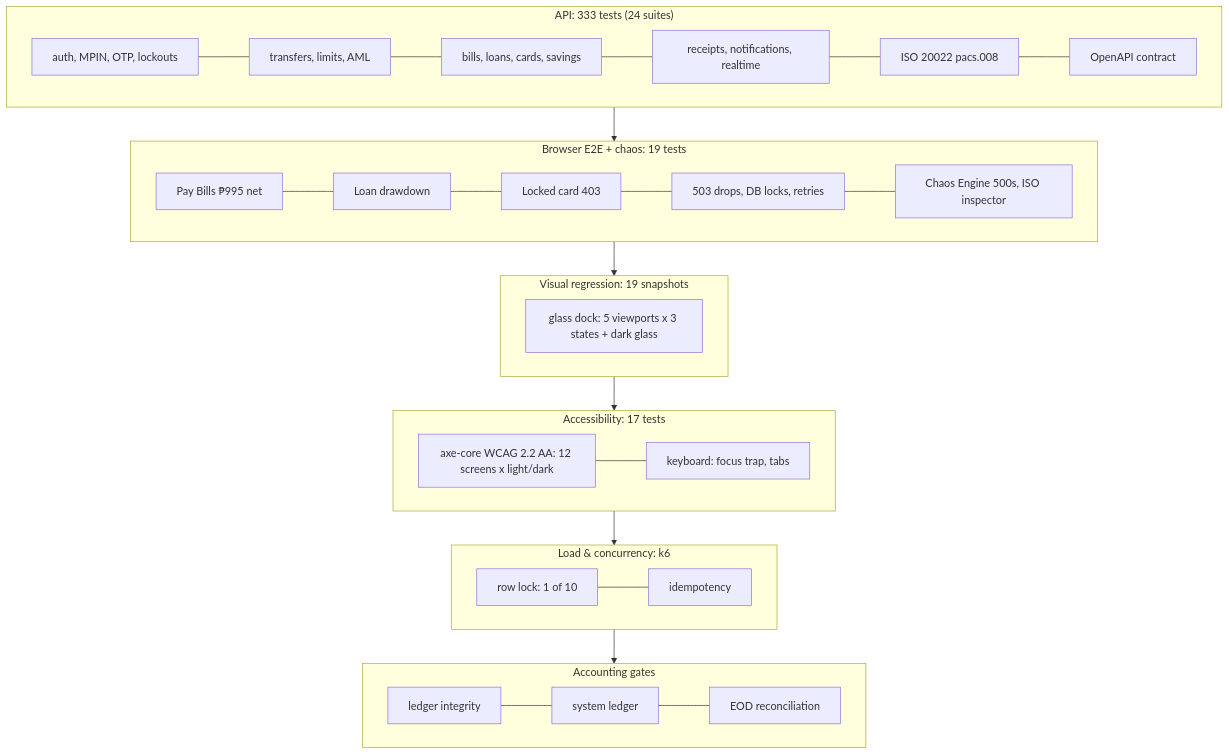
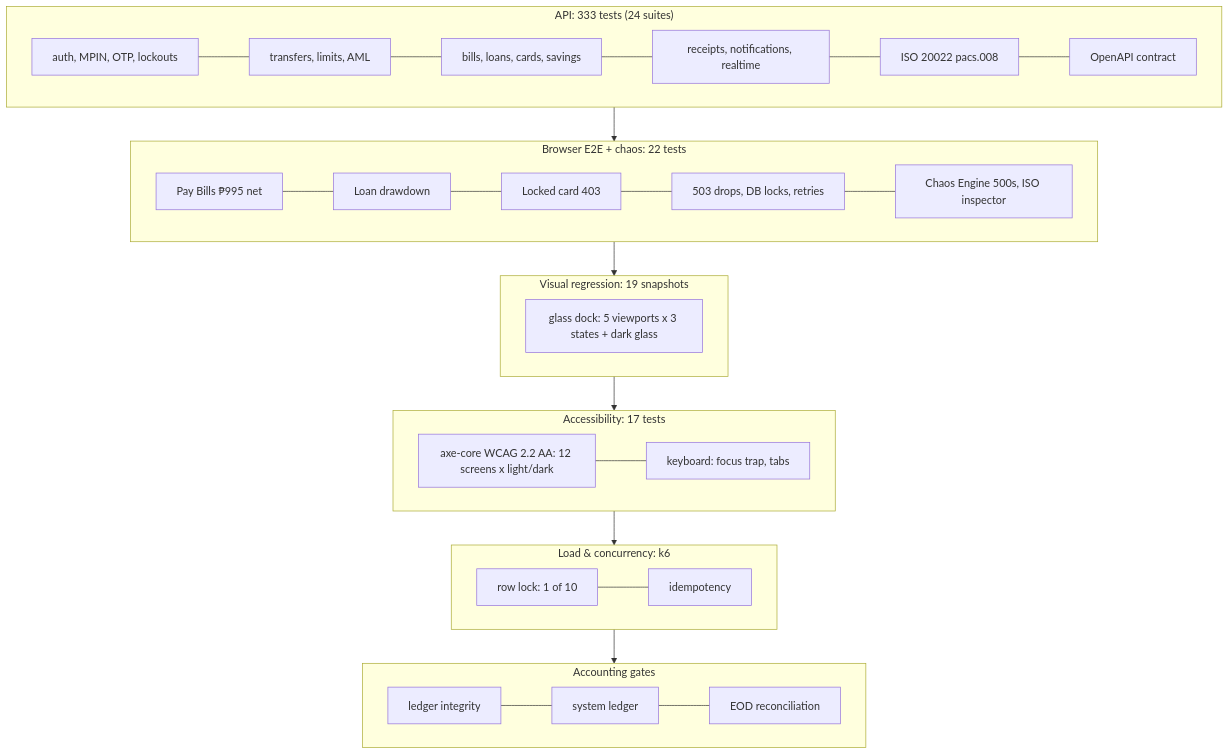
Before and after one commit to brylleopada77/PayPulse: the first of 3 diagrams in README.md, drawn with Mermaid. The commit also changed other lines of this file and 26 other files, not shown here.

````diff
--- a/README.md
+++ b/README.md
@@ -52,24 +52,24 @@
 ```mermaid
 flowchart TB
   subgraph L1["API: 333 tests (24 suites)"]
     a1[auth, MPIN, OTP, lockouts] --- a2[transfers, limits, AML]
     a2 --- a3[bills, loans, cards, savings]
     a3 --- a4[receipts, notifications, realtime] --- a5[ISO 20022 pacs.008] --- a6[OpenAPI contract]
   end
-  subgraph L2["Browser E2E + chaos: 19 tests"]
+  subgraph L2["Browser E2E + chaos: 22 tests"]
     b1[Pay Bills ₱995 net] --- b2[Loan drawdown] --- b3[Locked card 403] --- b4[503 drops, DB locks, retries] --- b5[Chaos Engine 500s, ISO inspector]
   end
   subgraph L3["Visual regression: 19 snapshots"]
     v1[glass dock: 5 viewports x 3 states + dark glass]
   end
   subgraph L3b["Accessibility: 17 tests"]
     x1[axe-core WCAG 2.2 AA: 12 screens x light/dark] --- x2[keyboard: focus trap, tabs]
   end
   subgraph L4["Load & concurrency: k6"]
     k1[row lock: 1 of 10] --- k2[idempotency]
   end
   subgraph L5["Accounting gates"]
     g1[ledger integrity] --- g2[system ledger] --- g3[EOD reconciliation]
   end
   L1 --> L2 --> L3 --> L3b --> L4 --> L5
 ```
````
